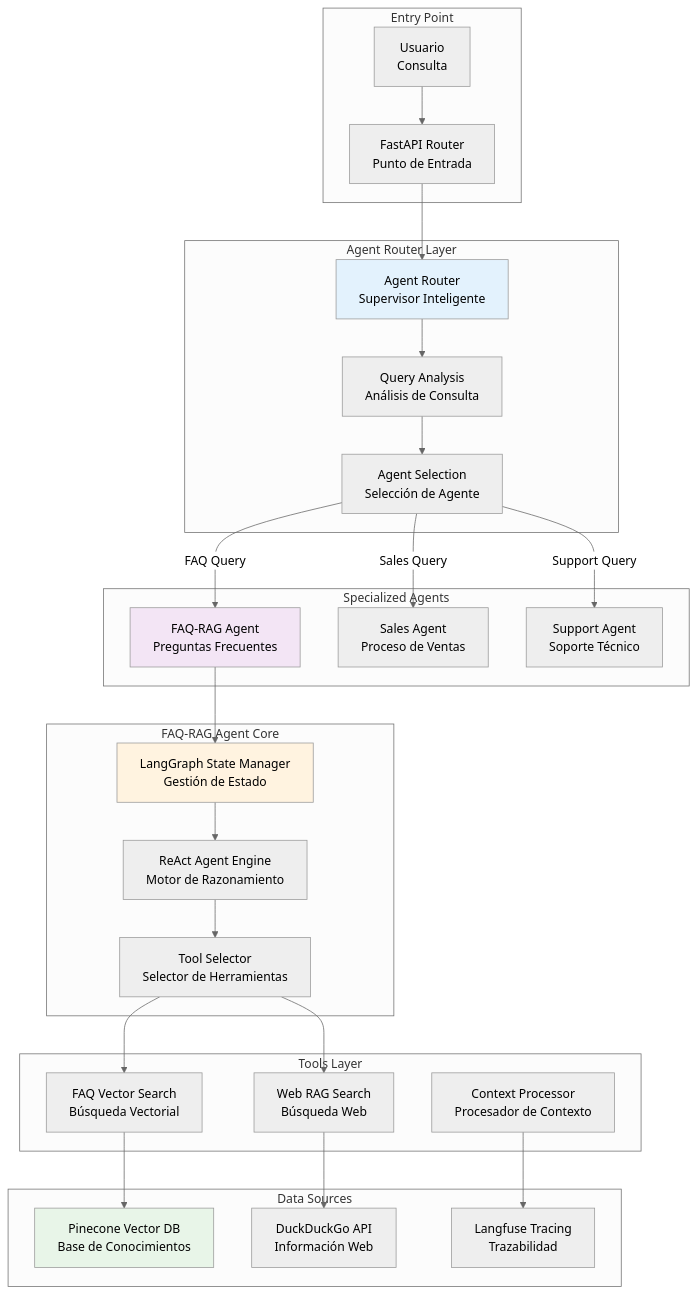
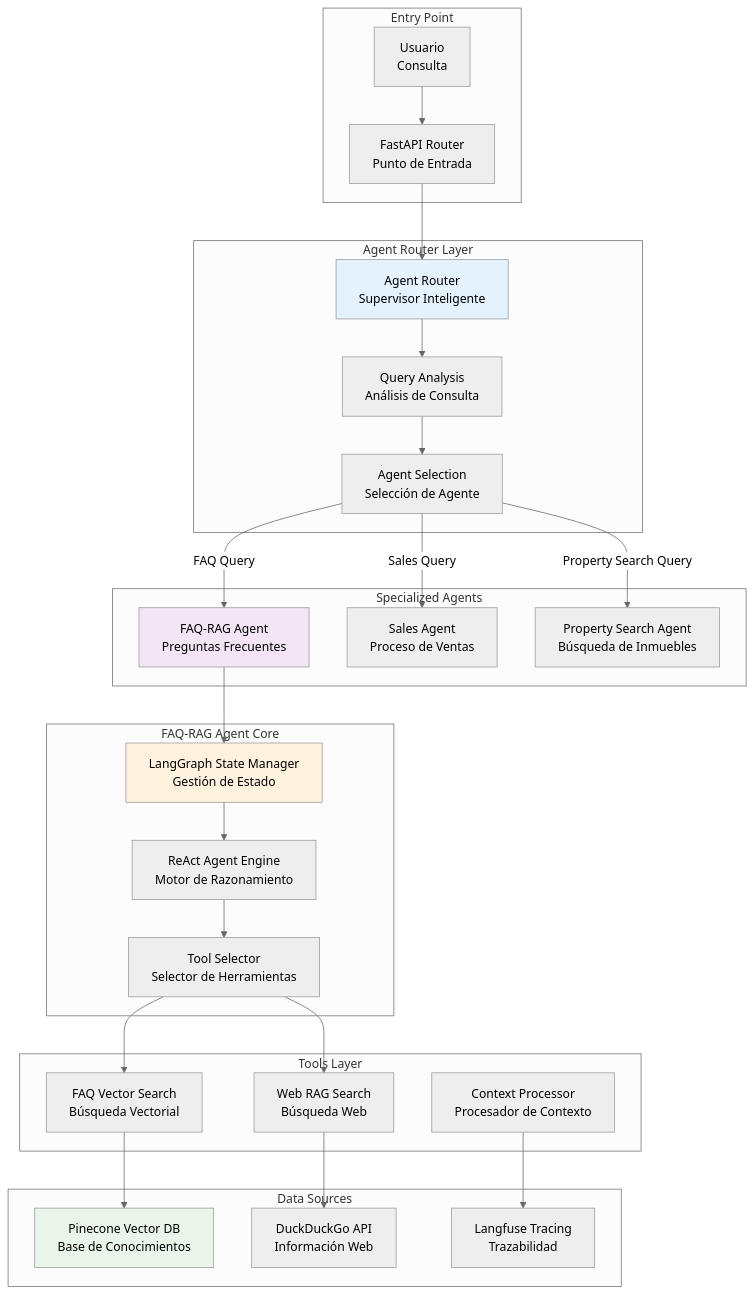
Before and after one commit to danielaloperahernandez/ai-agents-portfolio: the fourth of 6 diagrams in technical-details.md, drawn with Mermaid (neutral theme). The commit also changed other lines of this file, not shown here.

````diff
--- a/technical-details.md
+++ b/technical-details.md
@@ -151,62 +151,62 @@
 ```mermaid
 graph TB
     subgraph "Entry Point"
         A[Usuario<br/>Consulta]
         B[FastAPI Router<br/>Punto de Entrada]
     end
     
     subgraph "Agent Router Layer"
         C[Agent Router<br/>Supervisor Inteligente]
         D[Query Analysis<br/>Análisis de Consulta]
         E[Agent Selection<br/>Selección de Agente]
     end
     
     subgraph "Specialized Agents"
         F[FAQ-RAG Agent<br/>Preguntas Frecuentes]
         G[Sales Agent<br/>Proceso de Ventas]
-        H[Support Agent<br/>Soporte Técnico]
+        H[Property Search Agent<br/>Búsqueda de Inmuebles]
     end
     
     subgraph "FAQ-RAG Agent Core"
         I[LangGraph State Manager<br/>Gestión de Estado]
         J[ReAct Agent Engine<br/>Motor de Razonamiento]
         K[Tool Selector<br/>Selector de Herramientas]
     end
     
     subgraph "Tools Layer"
         L[FAQ Vector Search<br/>Búsqueda Vectorial]
         M[Web RAG Search<br/>Búsqueda Web]
         N[Context Processor<br/>Procesador de Contexto]
     end
     
     subgraph "Data Sources"
         O[Pinecone Vector DB<br/>Base de Conocimientos]
         P[DuckDuckGo API<br/>Información Web]
         Q[Langfuse Tracing<br/>Trazabilidad]
     end
     
     A --> B
     B --> C
     C --> D
     D --> E
     
     E -->|FAQ Query| F
     E -->|Sales Query| G
-    E -->|Support Query| H
+    E -->|Property Search Query| H
     
     F --> I
     I --> J
     J --> K
     
     K --> L
     K --> M
     L --> O
     M --> P
     
     N --> Q
     
     style C fill:#e3f2fd
     style F fill:#f3e5f5
     style I fill:#fff3e0
     style O fill:#e8f5e8
 ```
````
